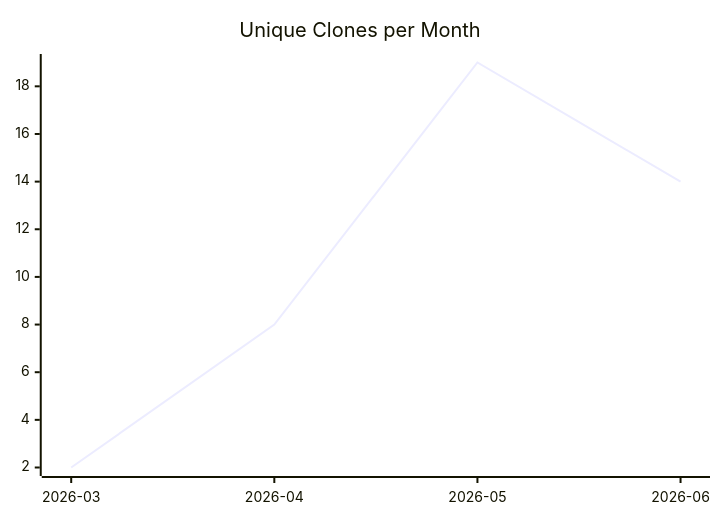
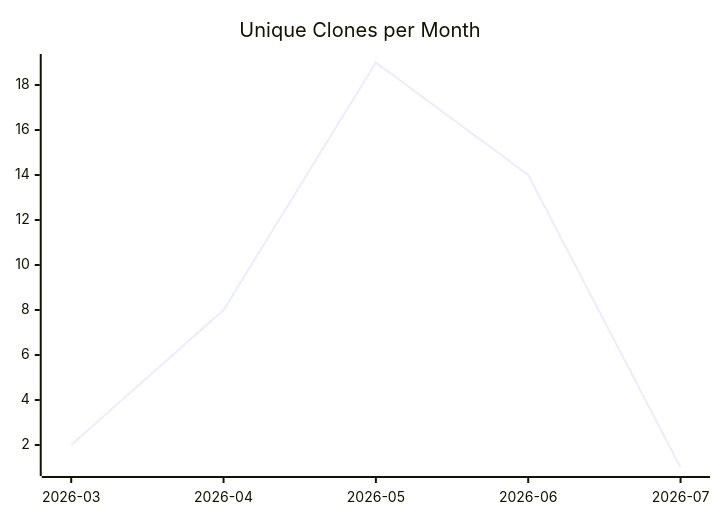
Before and after one commit to justdavis-family/github-analytics-data: the third of 3 diagrams in karlmdavis/rps-tourney/README.md, drawn with Mermaid. The commit also changed other lines of this file and 199 other files, not shown here.

````diff
--- a/karlmdavis/rps-tourney/README.md
+++ b/karlmdavis/rps-tourney/README.md
@@ -19,6 +19,6 @@
 ```mermaid
 xychart-beta
   title "Unique Clones per Month"
-  x-axis ["2026-03", "2026-04", "2026-05", "2026-06"]
-  line [2, 8, 19, 14]
+  x-axis ["2026-03", "2026-04", "2026-05", "2026-06", "2026-07"]
+  line [2, 8, 19, 14, 1]
 ```
````
